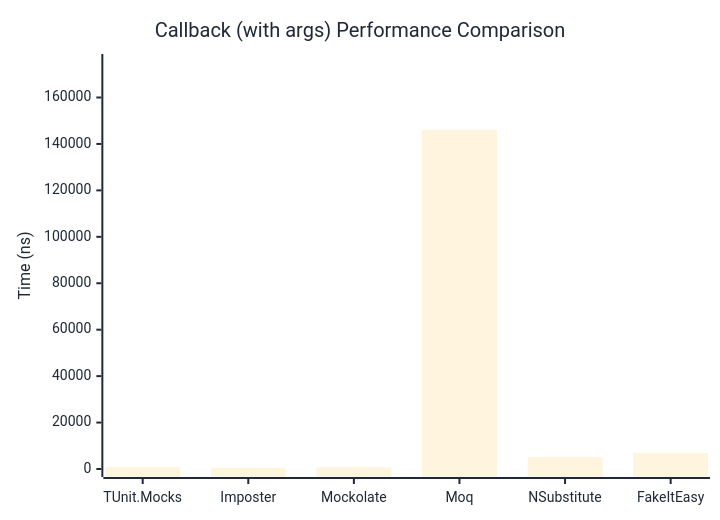
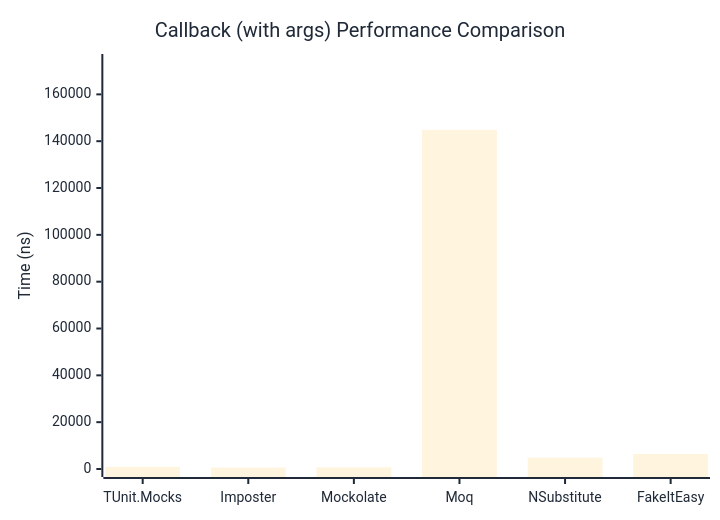
Before and after one commit to thomhurst/TUnit: the second of 2 diagrams in docs/docs/benchmarks/mocks/Callback.md, drawn with Mermaid. The commit also changed other lines of this file and 14 other files, not shown here.

````diff
--- a/docs/docs/benchmarks/mocks/Callback.md
+++ b/docs/docs/benchmarks/mocks/Callback.md
@@ -69,27 +69,27 @@
 ```mermaid
 %%{init: {
   'theme':'base',
   'themeVariables': {
     'primaryColor': '#2563eb',
     'primaryTextColor': '#1f2937',
     'primaryBorderColor': '#1e40af',
     'lineColor': '#6b7280',
     'secondaryColor': '#7c3aed',
     'tertiaryColor': '#dc2626',
     'background': '#ffffff',
     'pie1': '#2563eb',
     'pie2': '#7c3aed',
     'pie3': '#dc2626',
     'pie4': '#f59e0b',
     'pie5': '#10b981',
     'pie6': '#06b6d4',
     'pie7': '#ec4899',
     'pie8': '#6366f1'
   }
 }}%%
 xychart-beta
   title "Callback (with args) Performance Comparison"
   x-axis ["TUnit.Mocks", "Imposter", "Mockolate", "Moq", "NSubstitute", "FakeItEasy"]
-  y-axis "Time (ns)" 0 --> 175292
-  bar [908.8, 557.2, 716.3, 146076.4, 5046.6, 6906.8]
+  y-axis "Time (ns)" 0 --> 173823
+  bar [909.5, 569.6, 729.3, 144852.4, 4832.6, 6429.4]
 ```
````
